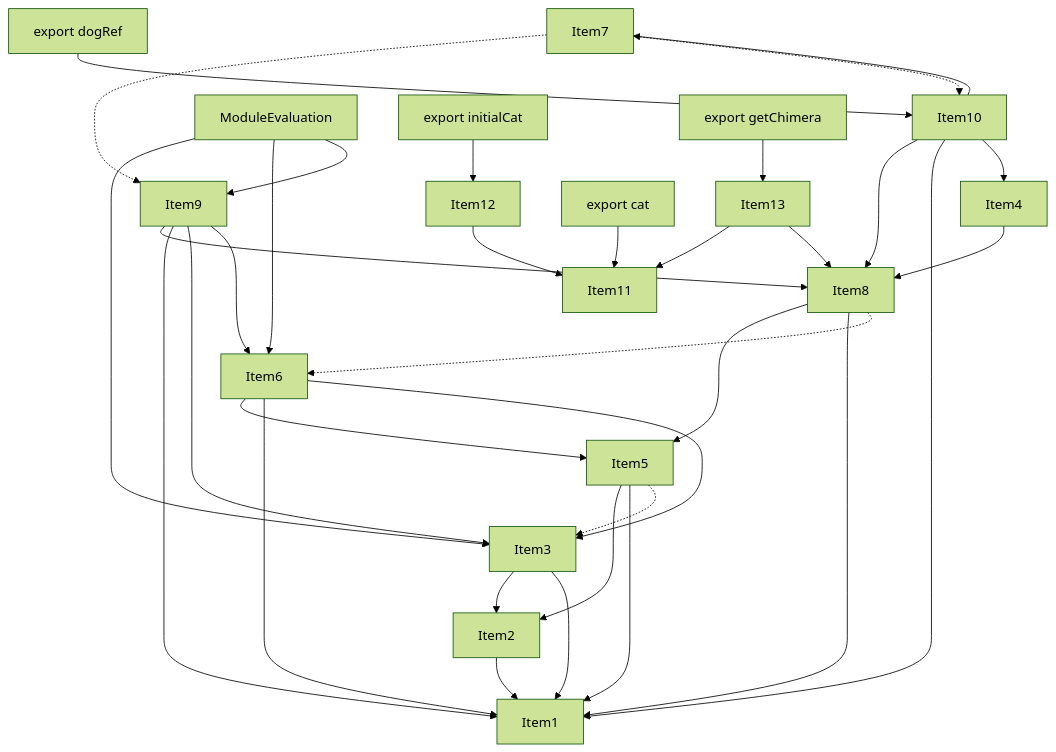
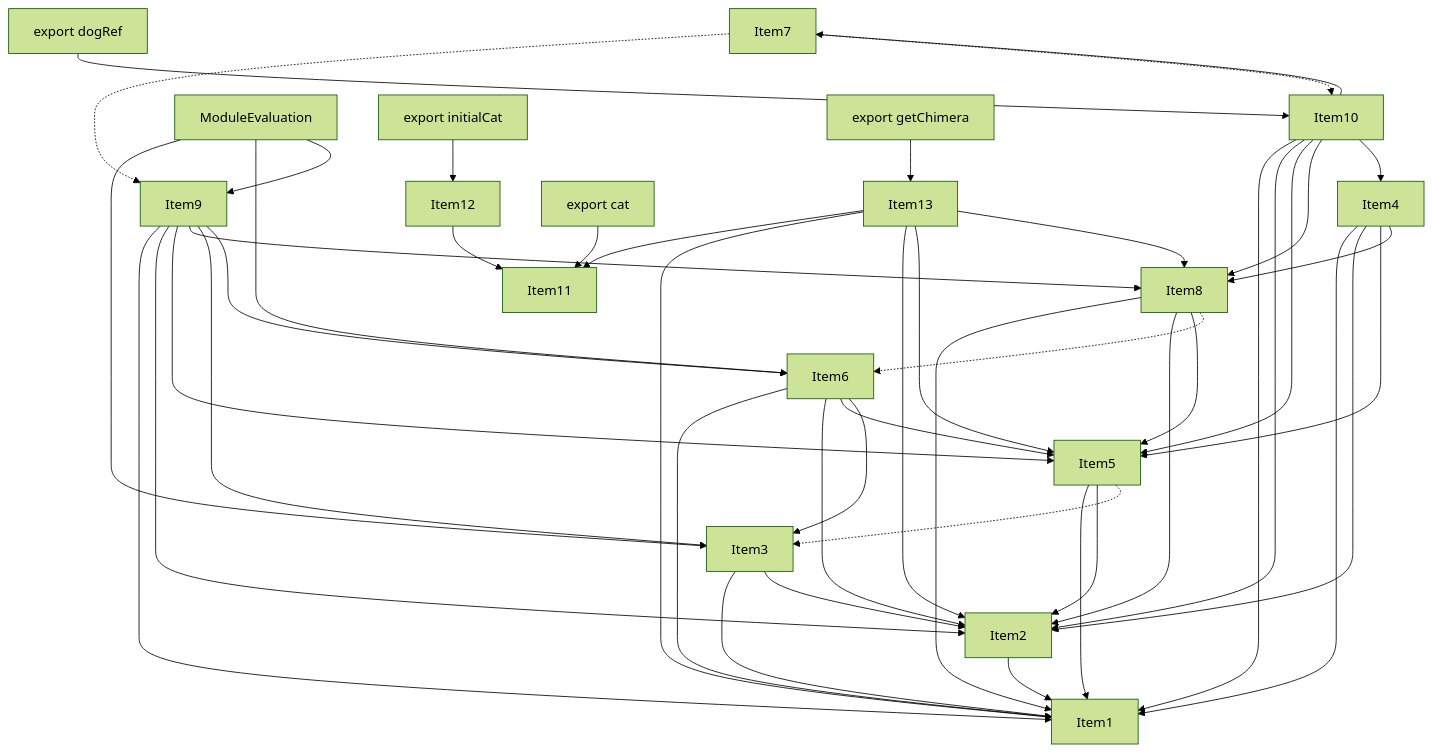
Before and after one commit to vercel/turborepo: the fourth of 5 diagrams in crates/turbopack-ecmascript/tests/tree-shaker/analyzer/complex/output.md, drawn with Mermaid (forest theme). The commit also changed other lines of this file and 9 other files, not shown here.

````diff
--- a/crates/turbopack-ecmascript/tests/tree-shaker/analyzer/complex/output.md
+++ b/crates/turbopack-ecmascript/tests/tree-shaker/analyzer/complex/output.md
@@ -290,59 +308,71 @@
 ```mermaid
 graph TD
     Item1;
     Item2;
     Item3;
     Item4;
     Item5;
     Item6;
     Item7;
     Item8;
     Item9;
     Item10;
     Item11;
     Item12;
     Item13;
     Item14;
     Item14["ModuleEvaluation"];
     Item15;
     Item15["export dogRef"];
     Item16;
     Item16["export cat"];
     Item17;
     Item17["export initialCat"];
     Item18;
     Item18["export getChimera"];
     Item2 --> Item1;
+    Item3 --> Item1;
     Item3 --> Item2;
-    Item3 --> Item1;
+    Item5 --> Item1;
     Item5 --> Item2;
-    Item5 --> Item1;
     Item5 -.-> Item3;
+    Item6 --> Item1;
+    Item6 --> Item2;
     Item6 --> Item5;
-    Item6 --> Item1;
     Item6 --> Item3;
+    Item8 --> Item1;
+    Item8 --> Item2;
     Item8 --> Item5;
-    Item8 --> Item1;
     Item8 -.-> Item6;
+    Item9 --> Item1;
+    Item9 --> Item2;
+    Item9 --> Item5;
     Item9 --> Item8;
-    Item9 --> Item1;
     Item9 --> Item3;
     Item9 --> Item6;
+    Item10 --> Item1;
+    Item10 --> Item2;
+    Item10 --> Item5;
     Item10 --> Item8;
-    Item10 --> Item1;
     Item10 --> Item4;
     Item10 --> Item7;
     Item12 --> Item11;
     Item15 --> Item10;
     Item16 --> Item11;
     Item17 --> Item12;
     Item18 --> Item13;
+    Item4 --> Item1;
+    Item4 --> Item2;
+    Item4 --> Item5;
     Item4 --> Item8;
     Item7 -.-> Item9;
     Item7 -.-> Item10;
     Item13 --> Item11;
+    Item13 --> Item1;
+    Item13 --> Item2;
+    Item13 --> Item5;
     Item13 --> Item8;
     Item14 --> Item3;
     Item14 --> Item6;
     Item14 --> Item9;
 ```
````
